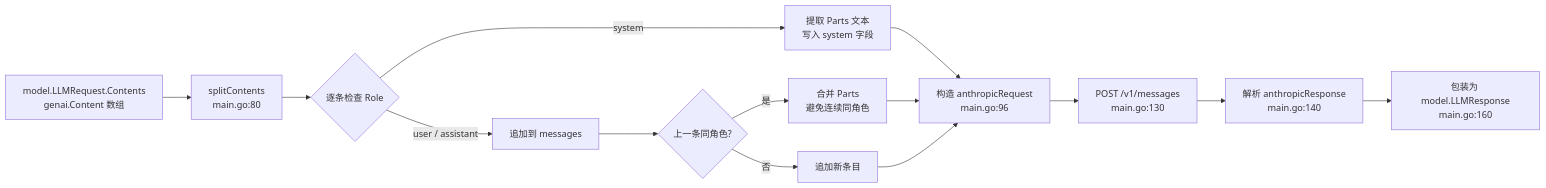
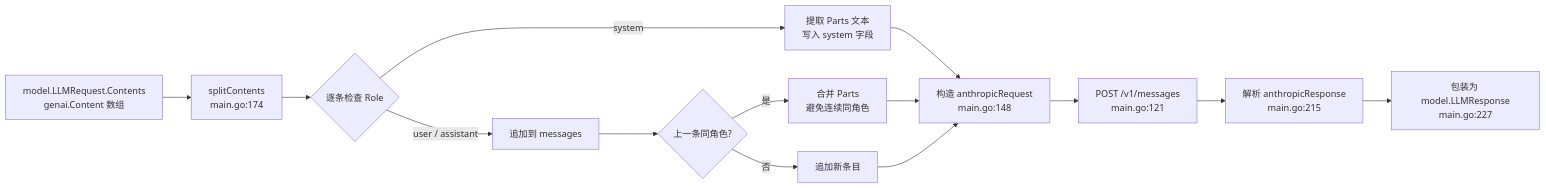
Before and after one commit to oneonewang/adk-go: the diagram in docs/tutorials/05-llm-providers/04-anthropic.md, drawn with Mermaid. The commit also changed other lines of this file, not shown here.

Commit message:
docs(tutorials): add 05-llm-providers/04-anthropic

````diff
--- a/docs/tutorials/05-llm-providers/04-anthropic.md
+++ b/docs/tutorials/05-llm-providers/04-anthropic.md
@@ -44,16 +44,16 @@
 ```mermaid
 flowchart LR
-    A[model.LLMRequest.Contents<br/>genai.Content 数组] --> B[splitContents<br/>main.go:80]
+    A[model.LLMRequest.Contents<br/>genai.Content 数组] --> B[splitContents<br/>main.go:174]
     B --> C{逐条检查 Role}
     C -->|system| D[提取 Parts 文本<br/>写入 system 字段]
     C -->|user / assistant| E[追加到 messages]
     E --> F{上一条同角色?}
     F -->|是| G[合并 Parts<br/>避免连续同角色]
     F -->|否| H[追加新条目]
-    D --> I[构造 anthropicRequest<br/>main.go:96]
+    D --> I[构造 anthropicRequest<br/>main.go:148]
     G --> I
     H --> I
-    I --> J[POST /v1/messages<br/>main.go:130]
-    J --> K[解析 anthropicResponse<br/>main.go:140]
-    K --> L[包装为 model.LLMResponse<br/>main.go:160]
+    I --> J[POST /v1/messages<br/>main.go:121]
+    J --> K[解析 anthropicResponse<br/>main.go:215]
+    K --> L[包装为 model.LLMResponse<br/>main.go:227]
 ```
````
